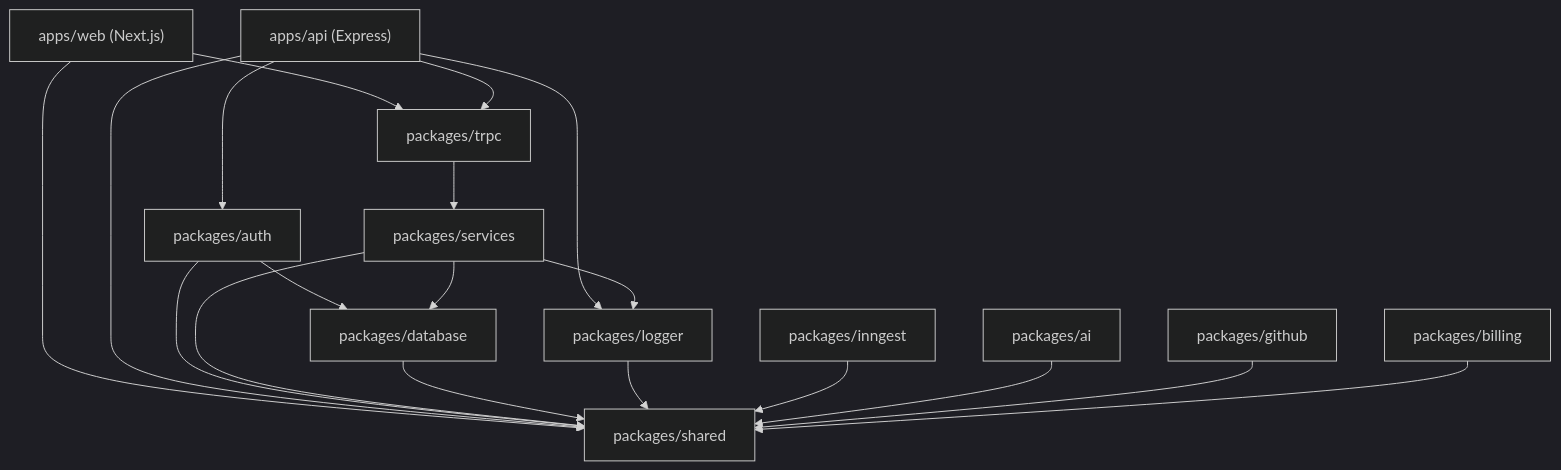
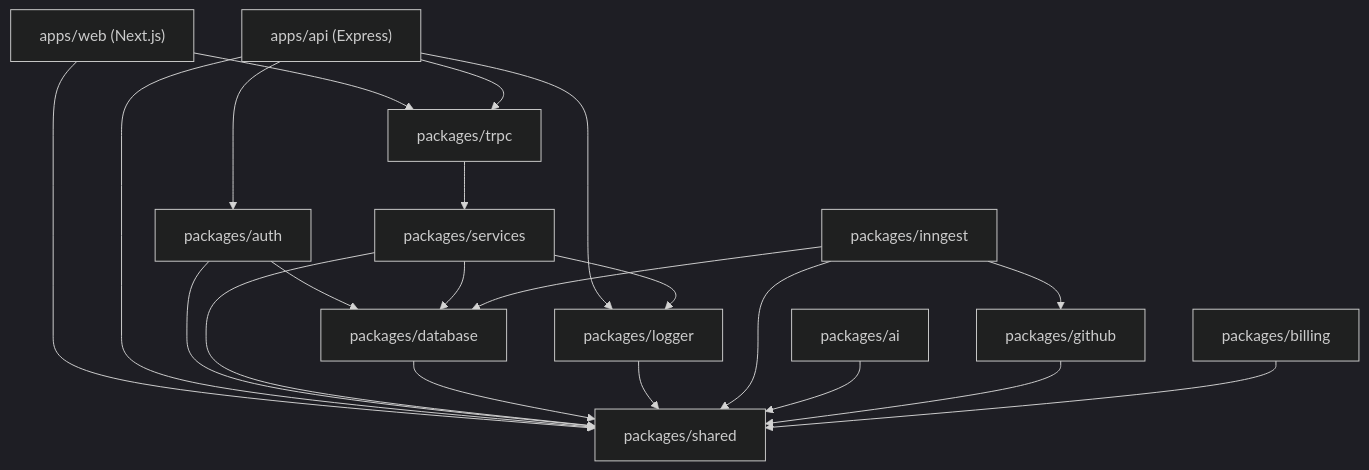
Before and after one commit to Satya7250/Launchly: the first of 5 diagrams in docs/architecture.md, drawn with Mermaid (dark theme). The commit also changed other lines of this file and 37 other files, not shown here.

Commit message:
feat: implement workspace selection UI, database schema, and demo onboarding workflow

````diff
--- a/docs/architecture.md
+++ b/docs/architecture.md
@@ -38,36 +38,38 @@
 ```mermaid
 graph TD
     apps_web["apps/web (Next.js)"]
     apps_api["apps/api (Express)"]
 
     pkg_trpc["packages/trpc"]
     pkg_services["packages/services"]
     pkg_auth["packages/auth"]
     pkg_database["packages/database"]
     pkg_logger["packages/logger"]
     pkg_inngest["packages/inngest"]
     pkg_ai["packages/ai"]
     pkg_github["packages/github"]
     pkg_billing["packages/billing"]
     pkg_shared["packages/shared"]
 
     apps_web --> pkg_trpc
     apps_web --> pkg_shared
     apps_api --> pkg_trpc
     apps_api --> pkg_auth
     apps_api --> pkg_logger
     apps_api --> pkg_shared
 
     pkg_trpc --> pkg_services
     pkg_auth --> pkg_database
     pkg_auth --> pkg_shared
     pkg_services --> pkg_database
     pkg_services --> pkg_logger
     pkg_services --> pkg_shared
     pkg_database --> pkg_shared
     pkg_logger --> pkg_shared
     pkg_inngest --> pkg_shared
+    pkg_inngest --> pkg_github
+    pkg_inngest --> pkg_database
     pkg_ai --> pkg_shared
     pkg_github --> pkg_shared
     pkg_billing --> pkg_shared
 ```
````
